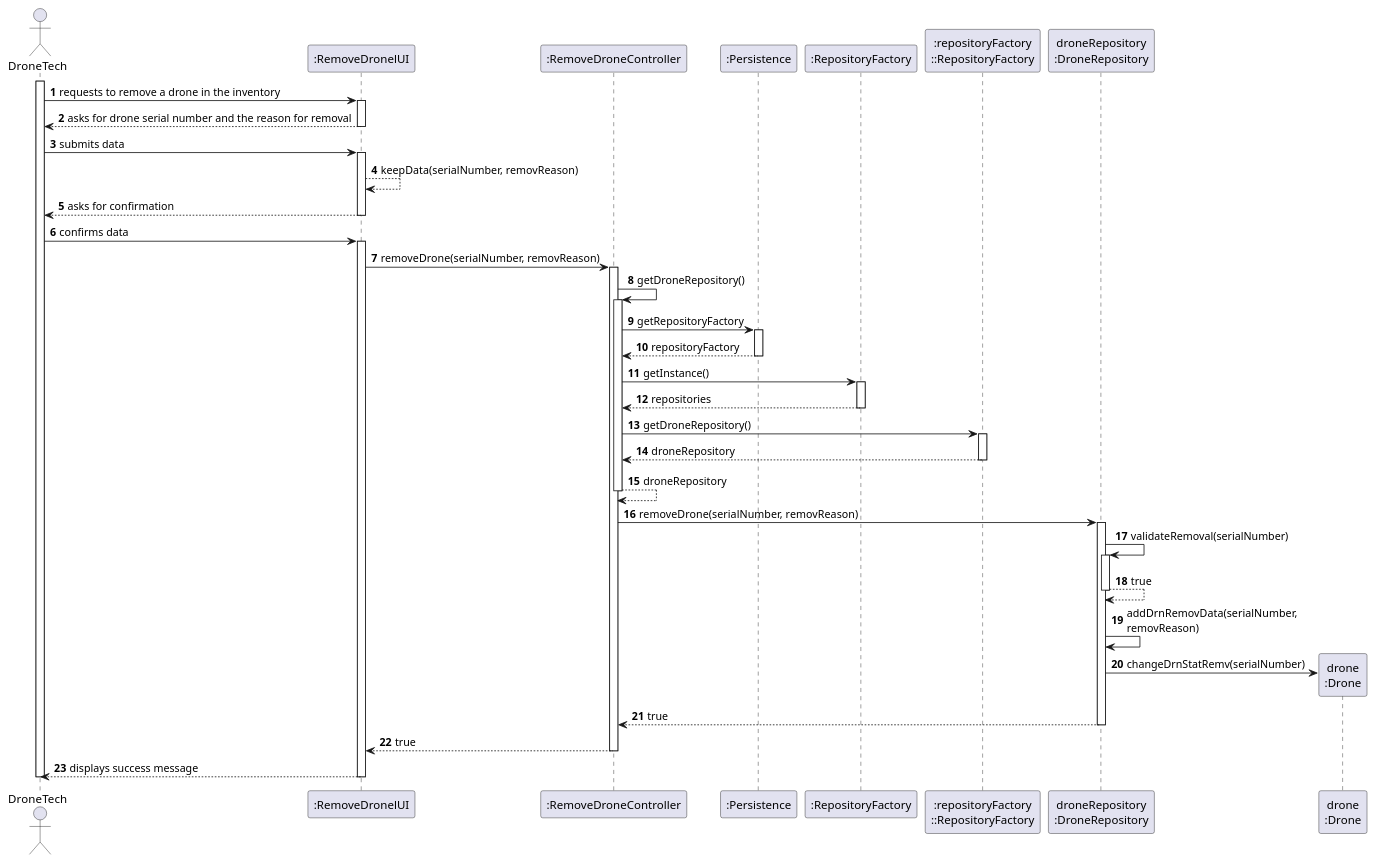
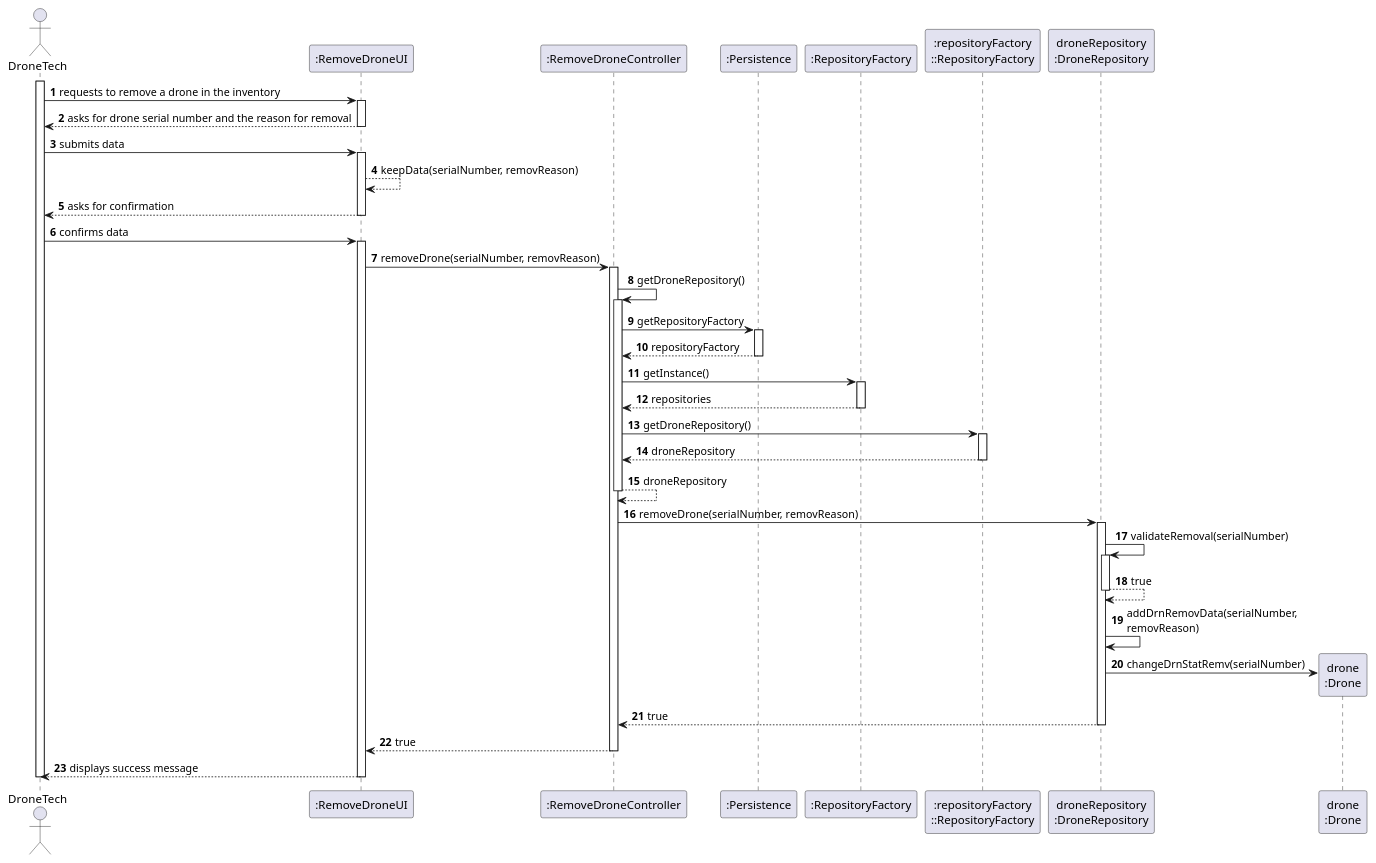
Before and after one commit to diogoveirospro/sem4pi-2024-2025-sem4pi_2024_2025_g44: the diagram in docs/SPRINT_2/US242/puml/sequence_diagram_us242.puml, drawn with PlantUML. The commit also changed 8 other files, not shown here.

```diff
--- a/docs/SPRINT_2/US242/puml/sequence_diagram_us242.puml
+++ b/docs/SPRINT_2/US242/puml/sequence_diagram_us242.puml
@@ -1,74 +1,74 @@
 @startuml
 'skinparam monochrome
 
 skinparam packageStyle rectangle
 skinparam shadowing false
 
 autonumber
 
 actor "DroneTech" as DT
-participant ":RemoveDronelUI" as UI
+participant ":RemoveDroneUI" as UI
 participant ":RemoveDroneController" as CTRL
 participant ":Persistence" as PERS
 participant ":RepositoryFactory" as REPOS
 participant ":repositoryFactory\n::RepositoryFactory" as REPOS_SINGLETON
 participant "droneRepository\n:DroneRepository" as DRN_REPO
 participant "drone\n:Drone" as DRN
 
 activate DT
 
 DT -> UI : requests to remove a drone in the inventory
 activate UI
     UI --> DT : asks for drone serial number and the reason for removal
     deactivate UI
     DT -> UI : submits data
     activate UI
     UI --> UI : keepData(serialNumber, removReason)
     UI --> DT : asks for confirmation
     deactivate UI
     DT -> UI : confirms data
     activate UI
     UI -> CTRL : removeDrone(serialNumber, removReason)
     activate CTRL
         CTRL -> CTRL :getDroneRepository()
         activate CTRL
         CTRL -> PERS : getRepositoryFactory
                                     activate PERS
                                     PERS --> CTRL : repositoryFactory
                                     deactivate PERS
         CTRL -> REPOS : getInstance()
         activate REPOS
             REPOS --> CTRL : repositories
         deactivate REPOS
 
         CTRL -> REPOS_SINGLETON : getDroneRepository()
         activate REPOS_SINGLETON
             REPOS_SINGLETON --> CTRL : droneRepository
         deactivate REPOS_SINGLETON
         CTRL --> CTRL : droneRepository
 
         deactivate CTRL
             CTRL -> DRN_REPO : removeDrone(serialNumber, removReason)
             activate DRN_REPO
 
 
                     DRN_REPO -> DRN_REPO: validateRemoval(serialNumber)
                     activate DRN_REPO
                         DRN_REPO --> DRN_REPO : true
                     deactivate DRN_REPO
 
         DRN_REPO -> DRN_REPO : addDrnRemovData(serialNumber, \nremovReason)
         DRN_REPO -> DRN** : changeDrnStatRemv(serialNumber)
                     DRN_REPO --> CTRL : true
 
         deactivate DRN_REPO
 
         CTRL --> UI : true
 
     deactivate CTRL
 
 UI --> DT : displays success message
 deactivate UI
 deactivate DT
 
 @enduml
```
